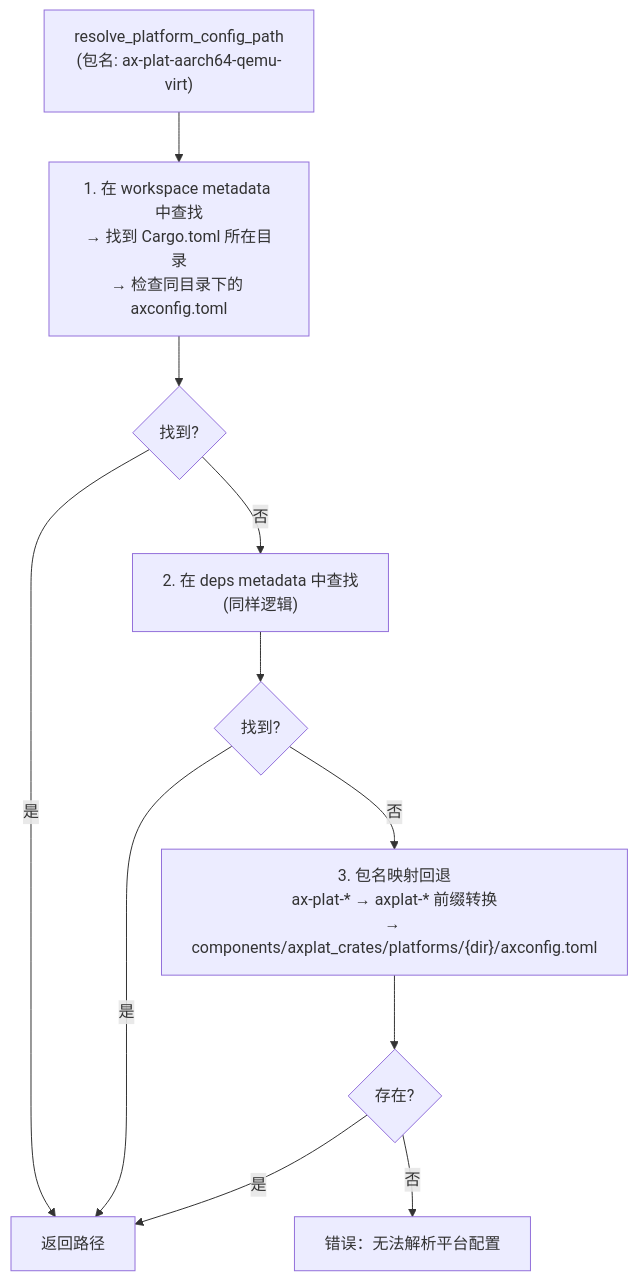
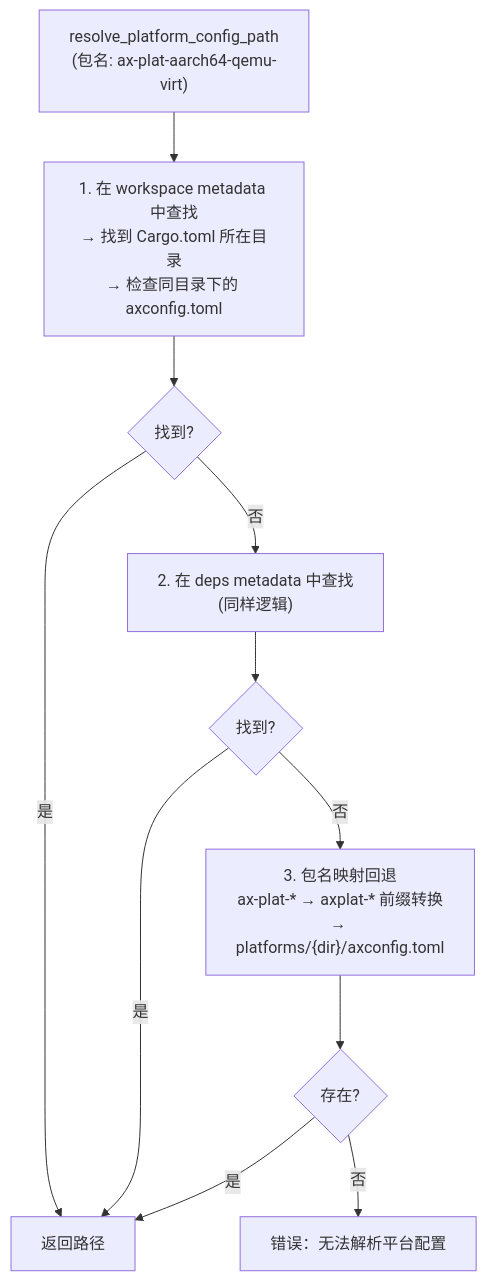
Before and after one commit to rcore-os/tgoskits: the seventh of 8 diagrams in docs/docs/build/build.md, drawn with Mermaid. The commit also changed other lines of this file and 349 other files, not shown here.

First line of the commit message:
Implement platform-specific interrupt handling and setup for various architectures

````diff
--- a/docs/docs/build/build.md
+++ b/docs/docs/build/build.md
@@ -226,13 +226,13 @@
 ```mermaid
 flowchart TD
     A["resolve_platform_config_path<br/>(包名: ax-plat-aarch64-qemu-virt)"] --> B["1. 在 workspace metadata 中查找<br/>→ 找到 Cargo.toml 所在目录<br/>→ 检查同目录下的 axconfig.toml"]
     B --> C{找到?}
     C -->|是| D["返回路径"]
     C -->|否| E["2. 在 deps metadata 中查找<br/>(同样逻辑)"]
     E --> F{找到?}
     F -->|是| D
-    F -->|否| G["3. 包名映射回退<br/>ax-plat-* → axplat-* 前缀转换<br/>→ components/axplat_crates/platforms/{dir}/axconfig.toml"]
+    F -->|否| G["3. 包名映射回退<br/>ax-plat-* → axplat-* 前缀转换<br/>→ platforms/{dir}/axconfig.toml"]
     G --> H{存在?}
     H -->|是| D
     H -->|否| I["错误：无法解析平台配置"]
 ```
````
